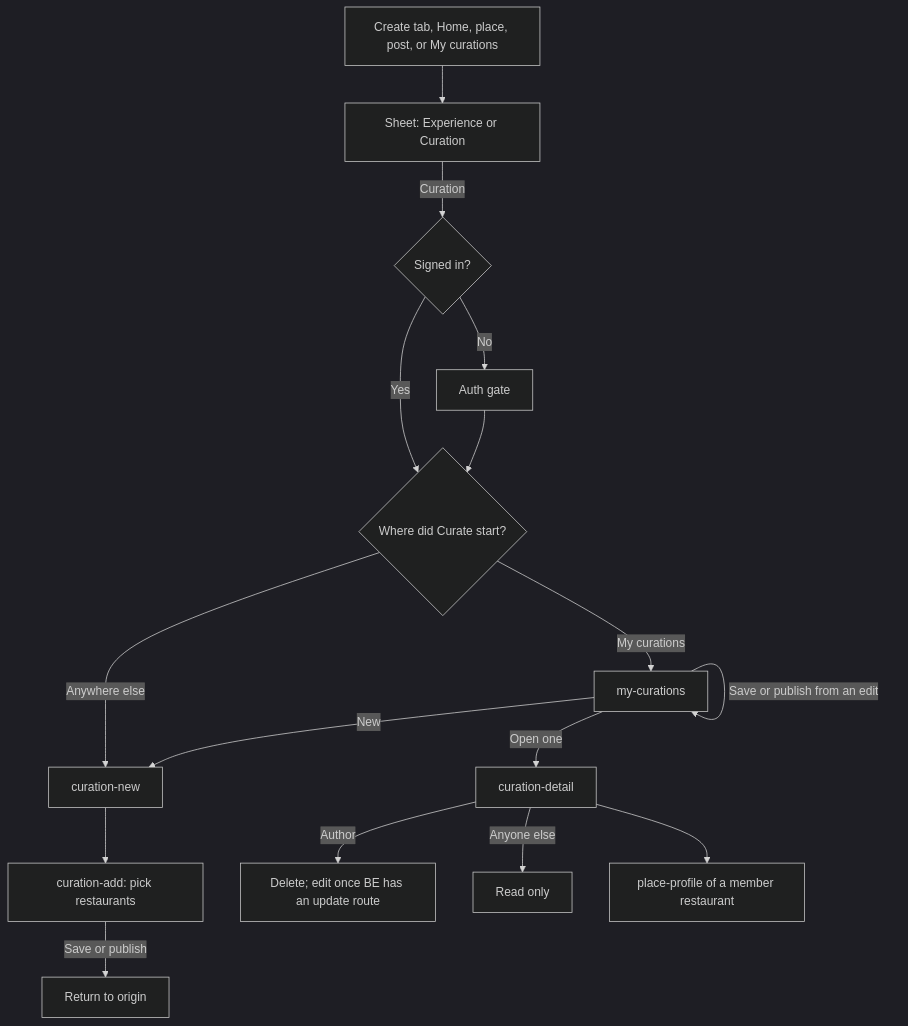
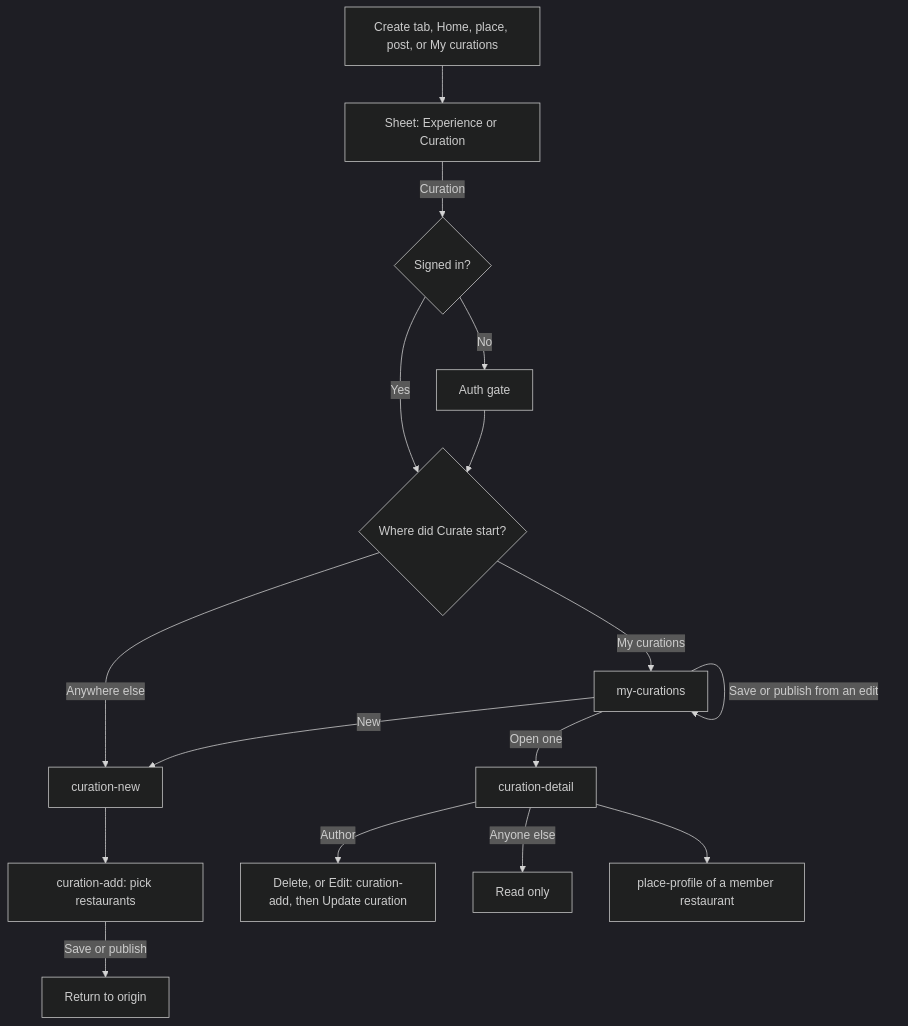
One commit to bawra11/elite-product changed the diagram in product/detail-flows/06-curation.md. Above: the diagram before and after it, drawn with Mermaid (dark theme). The commit also changed other lines of this file and 6 other files, not shown here.

````diff
--- a/product/detail-flows/06-curation.md
+++ b/product/detail-flows/06-curation.md
@@ -7,21 +7,21 @@
 ```mermaid
 flowchart TD
   start["Create tab, Home, place, post, or My curations"] --> sheet["Sheet: Experience or Curation"]
   sheet -->|Curation| gate{Signed in?}
   gate -->|No| auth["Auth gate"]
   auth --> origin{Where did Curate start?}
   gate -->|Yes| origin
 
   origin -->|My curations| mine["my-curations"]
   mine -->|New| fresh["curation-new"]
   mine -->|Open one| detail["curation-detail"]
   origin -->|Anywhere else| fresh
 
   fresh --> add["curation-add: pick restaurants"]
   add -->|Save or publish| back["Return to origin"]
   mine -->|Save or publish from an edit| mine
 
-  detail -->|Author| edit["Delete; edit once BE has an update route"]
+  detail -->|Author| edit["Delete, or Edit: curation-add, then Update curation"]
   detail -->|Anyone else| read["Read only"]
   detail --> place["place-profile of a member restaurant"]
 ```
````
